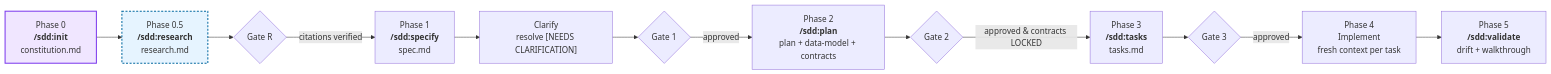
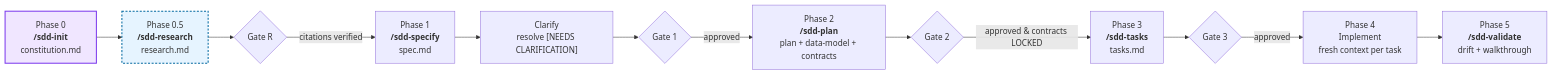
The diagram in README.md (mariano-aguero/spec-driven-development-skill), drawn with Mermaid before and after one commit. The commit also changed other lines of this file and 18 other files, not shown here.

````diff
--- a/README.md
+++ b/README.md
@@ -55,17 +55,17 @@
 ```mermaid
 flowchart LR
-    P0["Phase 0<br/><b>/sdd:init</b><br/>constitution.md"]:::once --> PR
-    PR["Phase 0.5<br/><b>/sdd:research</b><br/>research.md"]:::cond --> GR{Gate R}
+    P0["Phase 0<br/><b>/sdd-init</b><br/>constitution.md"]:::once --> PR
+    PR["Phase 0.5<br/><b>/sdd-research</b><br/>research.md"]:::cond --> GR{Gate R}
     GR -->|citations verified| P1
-    P1["Phase 1<br/><b>/sdd:specify</b><br/>spec.md"] --> CL["Clarify<br/>resolve [NEEDS CLARIFICATION]"]
+    P1["Phase 1<br/><b>/sdd-specify</b><br/>spec.md"] --> CL["Clarify<br/>resolve [NEEDS CLARIFICATION]"]
     CL --> G1{Gate 1}
-    G1 -->|approved| P2["Phase 2<br/><b>/sdd:plan</b><br/>plan + data-model + contracts"]
+    G1 -->|approved| P2["Phase 2<br/><b>/sdd-plan</b><br/>plan + data-model + contracts"]
     P2 --> G2{Gate 2}
-    G2 -->|approved & contracts LOCKED| P3["Phase 3<br/><b>/sdd:tasks</b><br/>tasks.md"]
+    G2 -->|approved & contracts LOCKED| P3["Phase 3<br/><b>/sdd-tasks</b><br/>tasks.md"]
     P3 --> G3{Gate 3}
     G3 -->|approved| P4["Phase 4<br/>Implement<br/>fresh context per task"]
-    P4 --> P5["Phase 5<br/><b>/sdd:validate</b><br/>drift + walkthrough"]
+    P4 --> P5["Phase 5<br/><b>/sdd-validate</b><br/>drift + walkthrough"]
 
     classDef once fill:#f0e6ff,stroke:#7c3aed,stroke-width:2px
     classDef cond fill:#e6f4ff,stroke:#0369a1,stroke-width:2px,stroke-dasharray: 4 3
 ```
````
